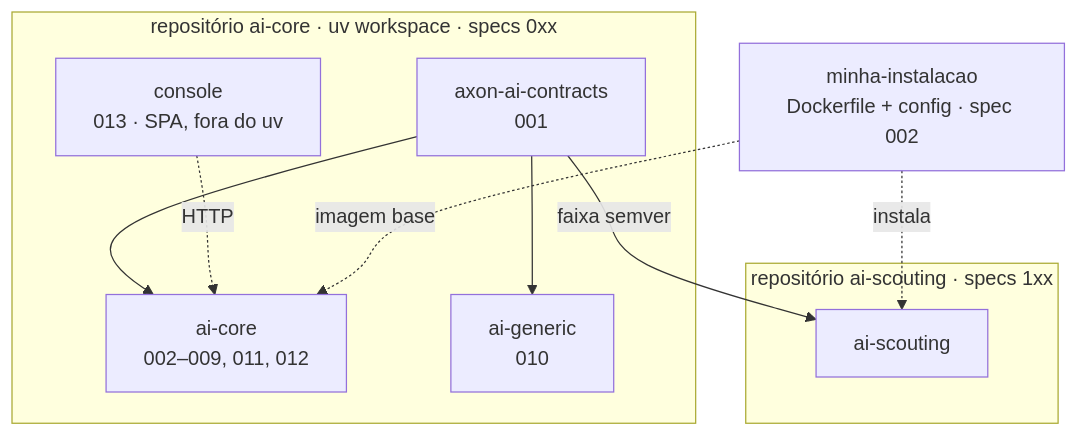
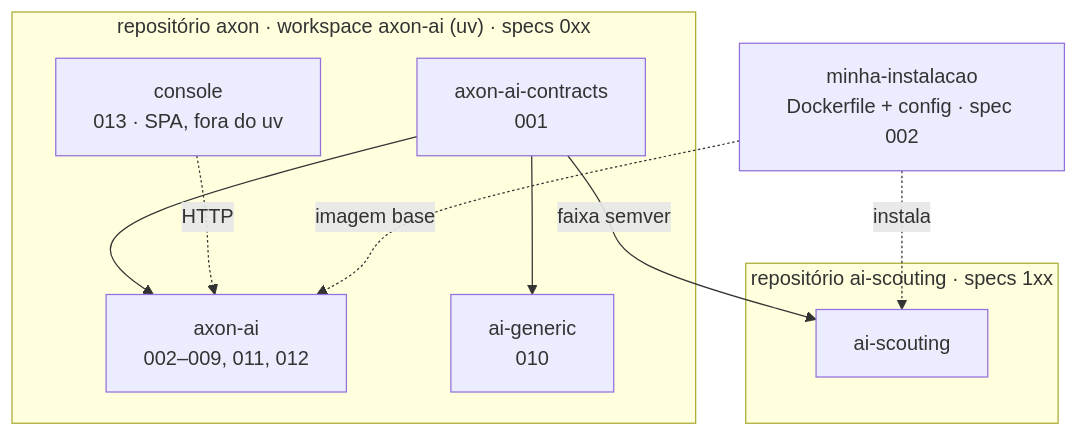
The third of 4 diagrams in specs/README.md (CaioFerreiraB/axon), drawn with Mermaid before and after one commit. The commit also changed other lines of this file and 1314 other files, not shown here.

````diff
--- a/specs/README.md
+++ b/specs/README.md
@@ -149,21 +149,21 @@
 ```mermaid
 flowchart TD
-    subgraph RCORE["repositório ai-core · uv workspace · specs 0xx"]
+    subgraph RCORE["repositório axon · workspace axon-ai (uv) · specs 0xx"]
         C[axon-ai-contracts<br/>001]
-        CORE[ai-core<br/>002–009, 011, 012]
+        CORE[axon-ai<br/>002–009, 011, 012]
         GEN[ai-generic<br/>010]
         CON[console<br/>013 · SPA, fora do uv]
         C --> CORE
         C --> GEN
         CON -.HTTP.-> CORE
     end
 
     subgraph RSCT["repositório ai-scouting · specs 1xx"]
         SCT[ai-scouting]
     end
 
     C -->|faixa semver| SCT
 
     DEPLOY[minha-instalacao<br/>Dockerfile + config · spec 002] -.imagem base.-> CORE
     DEPLOY -.instala.-> SCT
 ```
````
